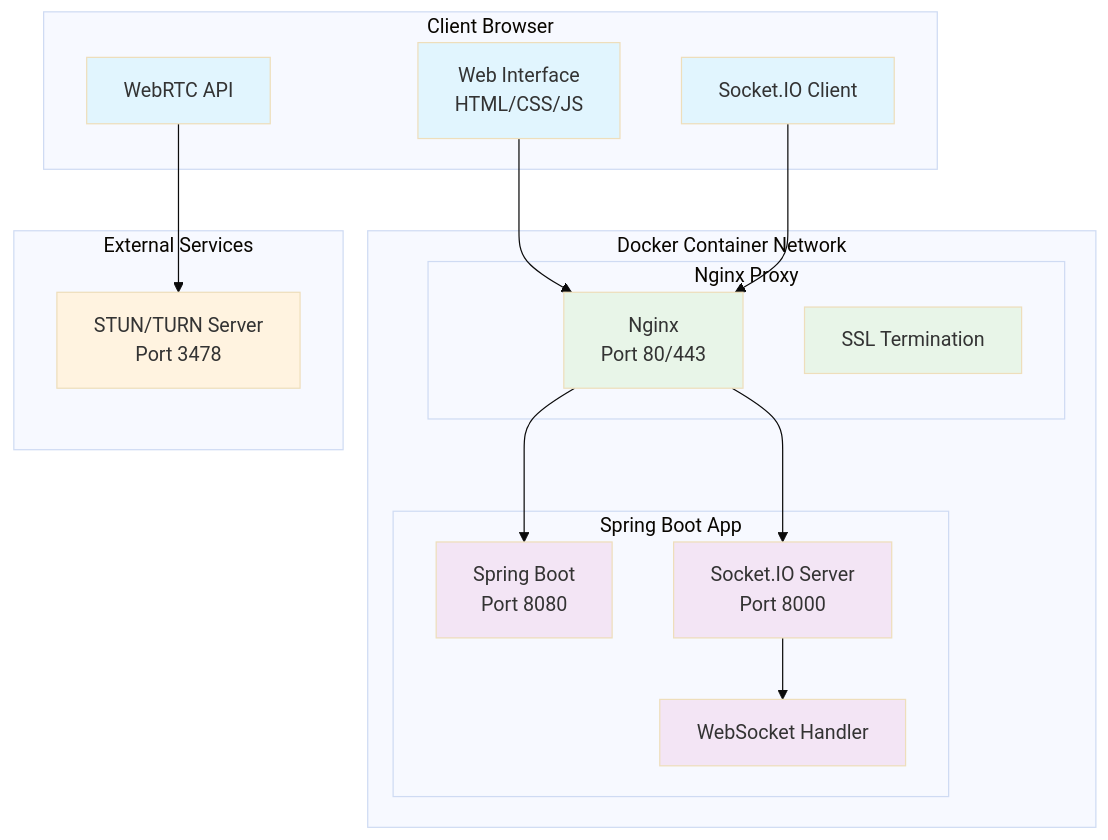
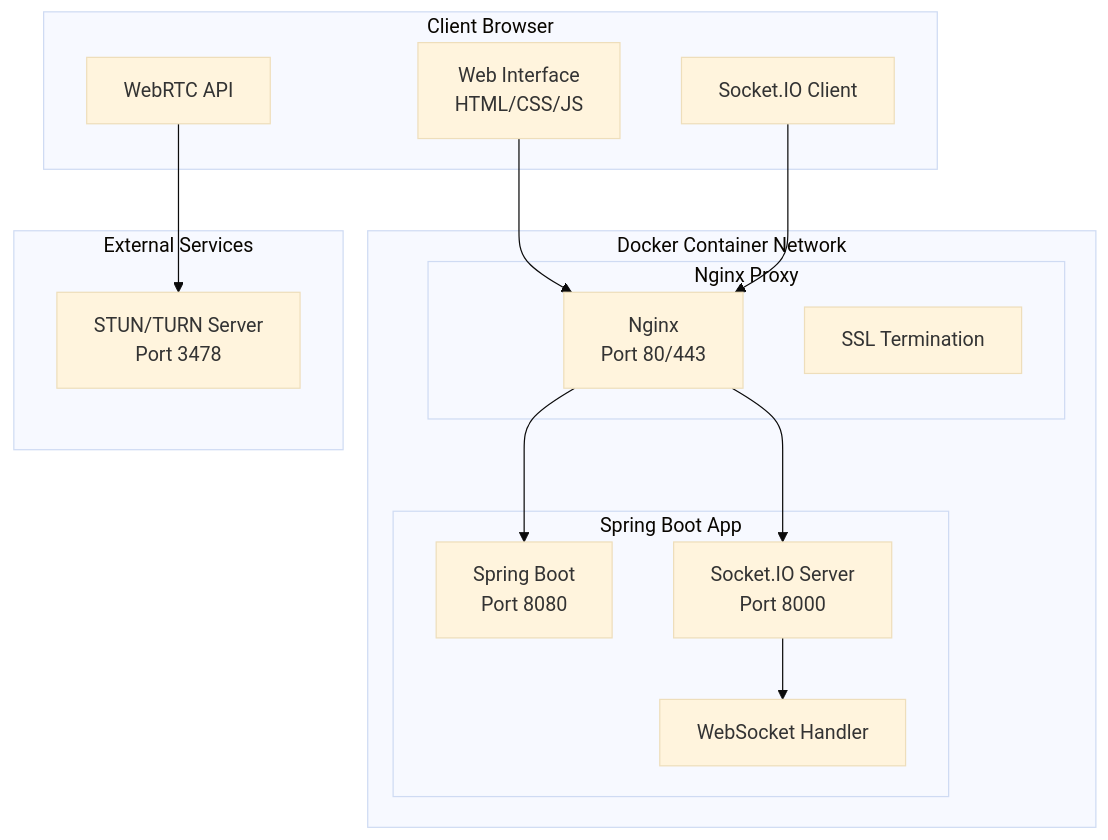
One commit to AnishSarkar22/WebRTC-Video-Call changed the diagram in README.md. Above: the diagram before and after it, drawn with Mermaid (base theme).

````diff
--- a/README.md
+++ b/README.md
@@ -9,42 +9,37 @@
 ```mermaid
 graph TB
     subgraph "Client Browser"
         A[Web Interface<br/>HTML/CSS/JS]
         B[WebRTC API]
         C[Socket.IO Client]
     end
     
     subgraph "Docker Container Network"
         subgraph "Nginx Proxy"
             D[Nginx<br/>Port 80/443]
             E[SSL Termination]
         end
         
         subgraph "Spring Boot App"
             F[Spring Boot<br/>Port 8080]
             G[Socket.IO Server<br/>Port 8000]
             H[WebSocket Handler]
         end
     end
     
     subgraph "External Services"
         I[STUN/TURN Server<br/>Port 3478]
     end
     
     A --> D
     C --> D
     D --> F
     D --> G
     G --> H
     B --> I
     
-    classDef client fill:#e1f5fe
-    classDef server fill:#f3e5f5
-    classDef proxy fill:#e8f5e8
-    classDef external fill:#fff3e0
-    
     class A,B,C client
     class F,G,H server
     class D,E proxy
     class I external
 ```
````
